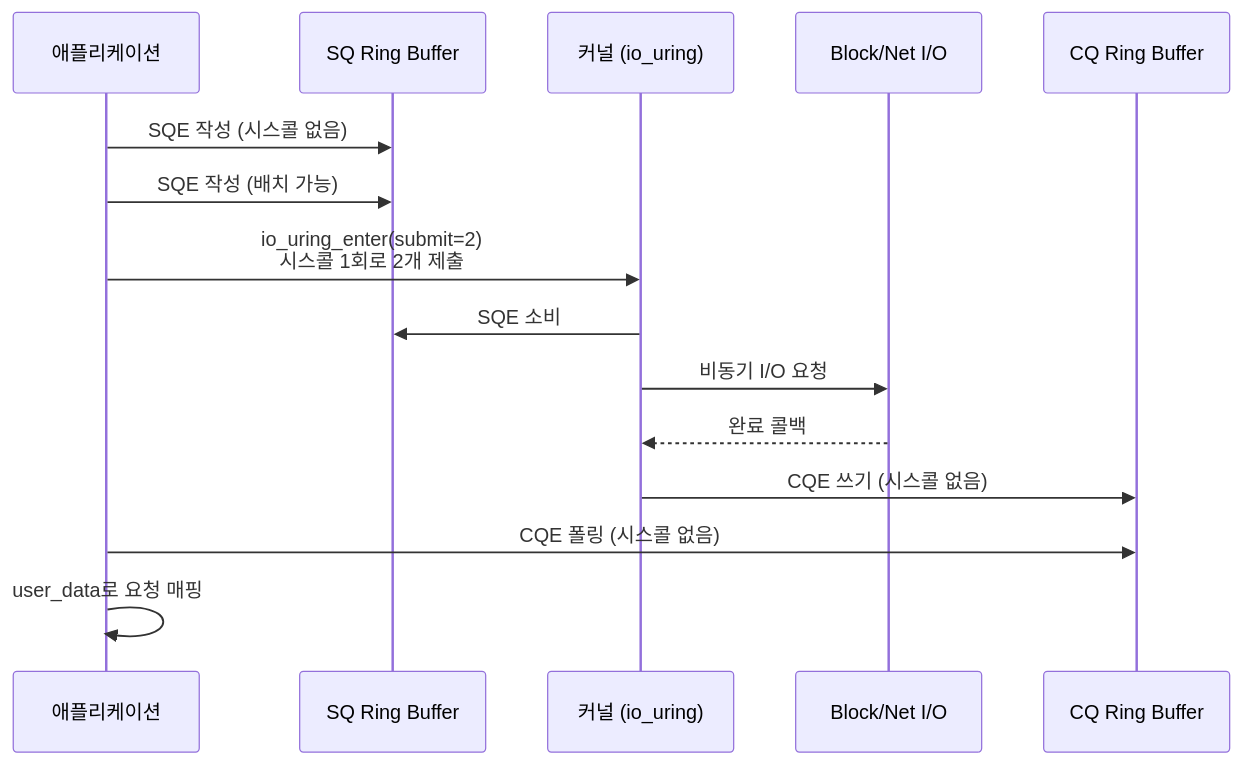
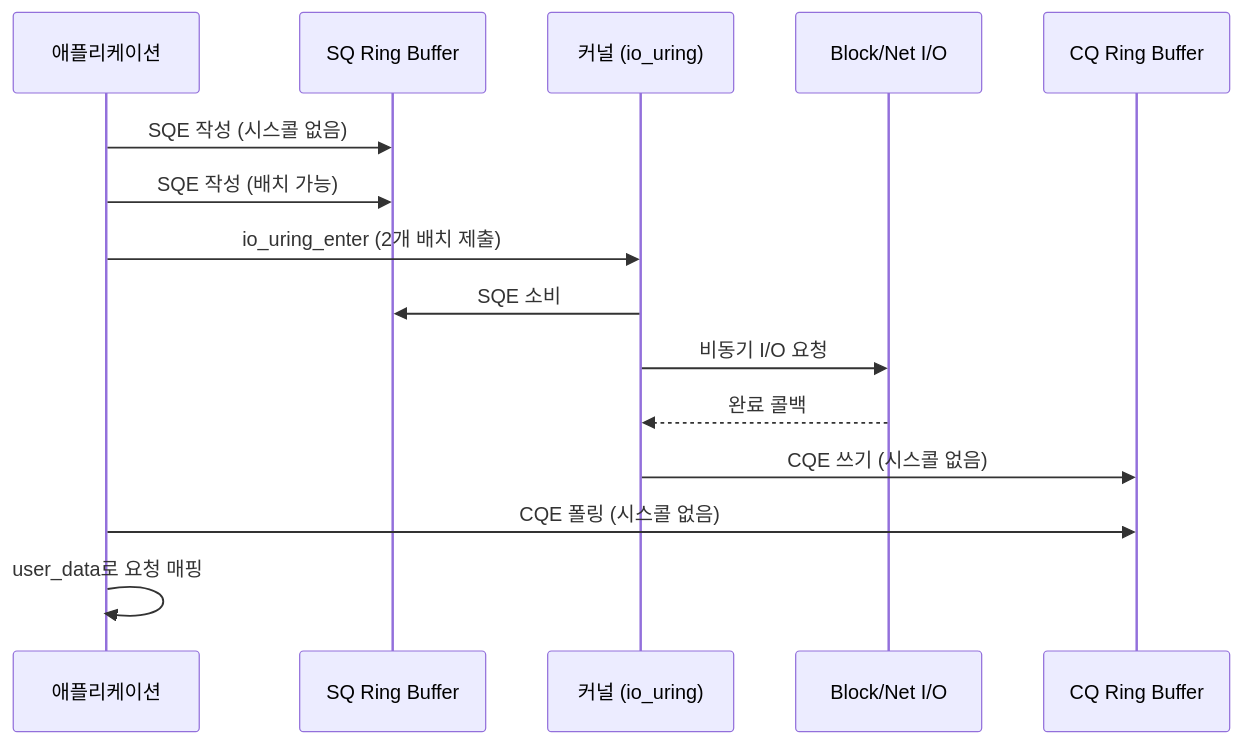
Before and after one commit to moonblueblue/devops-wiki: the third of 5 diagrams in content/linux/performance/io-uring.md, drawn with Mermaid. The commit also changed other lines of this file and 12 other files, not shown here.

First line of the commit message:
style: linux 섹션 전체 ASCII art 제거 및 Mermaid 규칙 적용

````diff
--- a/content/linux/performance/io-uring.md
+++ b/content/linux/performance/io-uring.md
@@ -153,18 +150,18 @@
 ```mermaid
 sequenceDiagram
     participant App as 애플리케이션
     participant SQ as SQ Ring Buffer
     participant Kernel as 커널 (io_uring)
     participant IO as Block/Net I/O
     participant CQ as CQ Ring Buffer
 
     App->>SQ: SQE 작성 (시스콜 없음)
     App->>SQ: SQE 작성 (배치 가능)
-    App->>Kernel: io_uring_enter(submit=2)<br/>시스콜 1회로 2개 제출
+    App->>Kernel: io_uring_enter (2개 배치 제출)
     Kernel->>SQ: SQE 소비
     Kernel->>IO: 비동기 I/O 요청
     IO-->>Kernel: 완료 콜백
     Kernel->>CQ: CQE 쓰기 (시스콜 없음)
     App->>CQ: CQE 폴링 (시스콜 없음)
     App->>App: user_data로 요청 매핑
 ```
````
